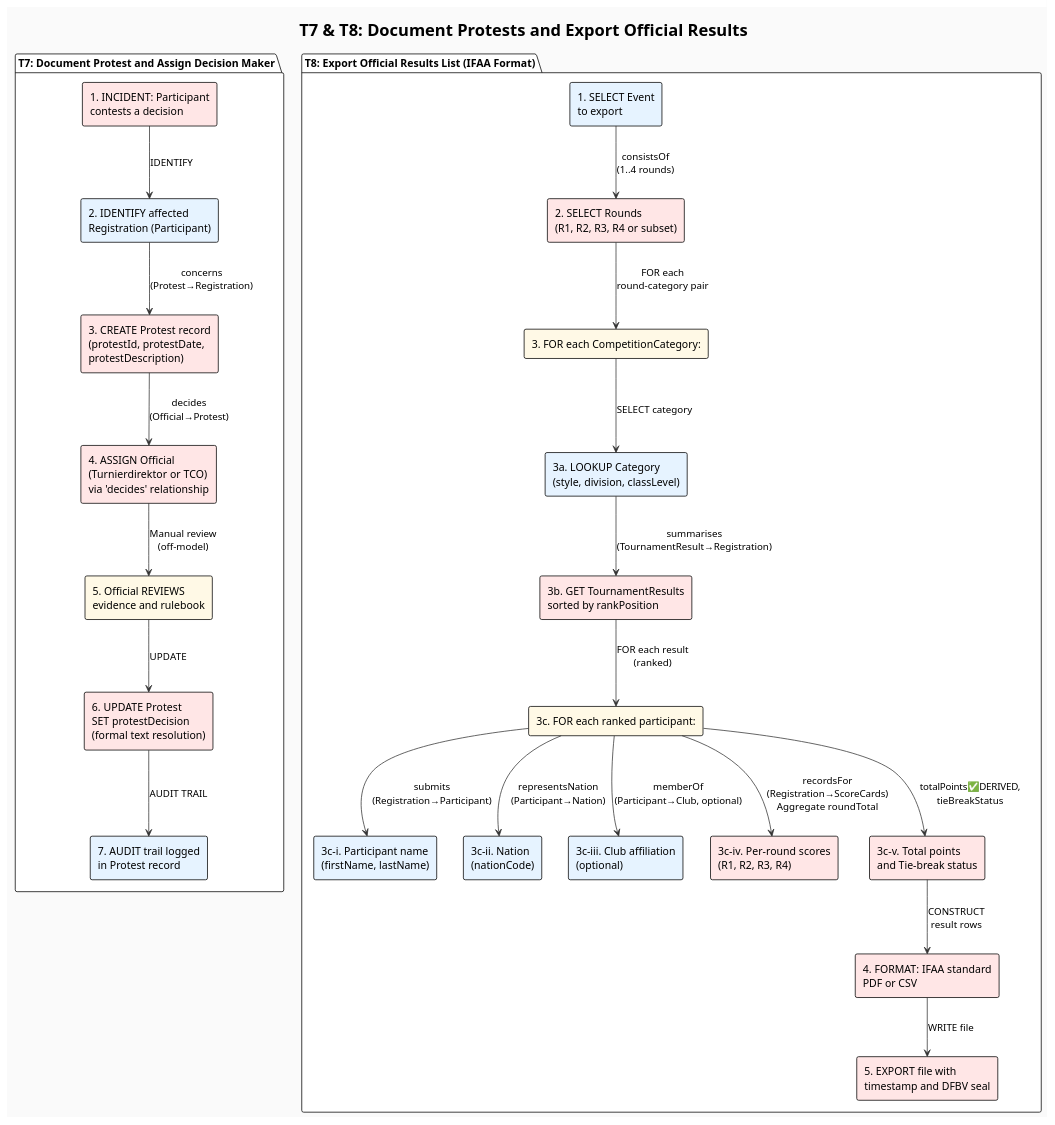
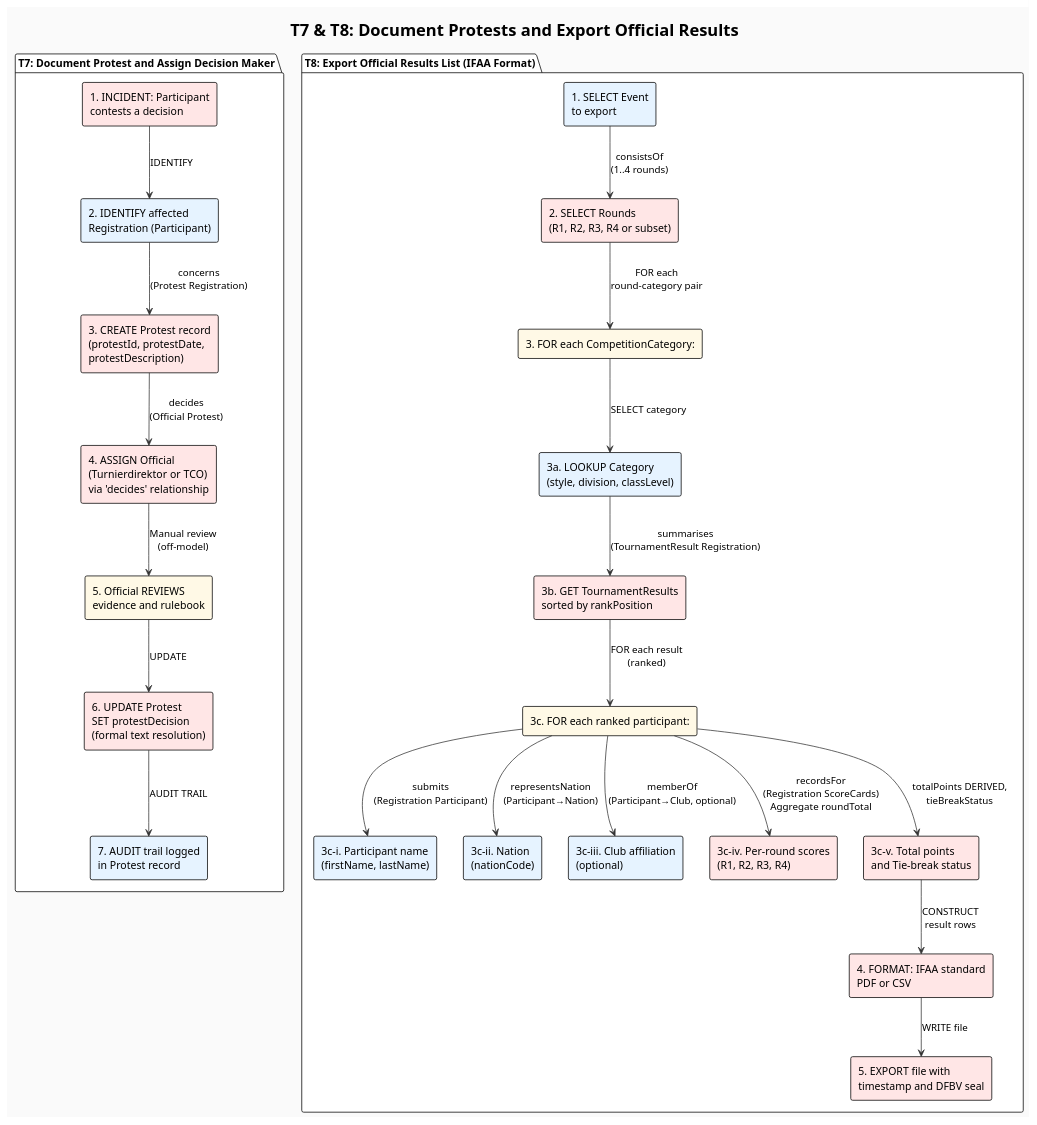
Before and after one commit to RuediDynamics/Datenbankmanagment_Project: the diagram in assignment-02-submission/assets/diagrams/T7_T8_Pathways.puml, drawn with PlantUML. The commit also changed 6 other files, not shown here.

```diff
--- a/assignment-02-submission/assets/diagrams/T7_T8_Pathways.puml
+++ b/assignment-02-submission/assets/diagrams/T7_T8_Pathways.puml
@@ -1,57 +1,57 @@
 @startuml T7_T8_Protest_Export_Pathways
 !theme plain
 skinparam backgroundColor #FAFAFA
 skinparam arrowColor #333333
 skinparam classBackgroundColor #E8F4F8
 skinparam classBorderColor #0066CC
 
 title T7 & T8: Document Protests and Export Official Results
 
 package "T7: Document Protest and Assign Decision Maker" {
     rectangle "1. INCIDENT: Participant\ncontests a decision" as T7_1 #FFE6E6
     rectangle "2. IDENTIFY affected\nRegistration (Participant)" as T7_2 #E6F3FF
     rectangle "3. CREATE Protest record\n(protestId, protestDate,\nprotestDescription)" as T7_3 #FFE6E6
     rectangle "4. ASSIGN Official\n(Turnierdirektor or TCO)\nvia 'decides' relationship" as T7_4 #FFE6E6
     rectangle "5. Official REVIEWS\nevidence and rulebook" as T7_5 #FFF9E6
     rectangle "6. UPDATE Protest\nSET protestDecision\n(formal text resolution)" as T7_6 #FFE6E6
     rectangle "7. AUDIT trail logged\nin Protest record" as T7_7 #E6F3FF
 }
 
 package "T8: Export Official Results List (IFAA Format)" {
     rectangle "1. SELECT Event\nto export" as T8_1 #E6F3FF
     rectangle "2. SELECT Rounds\n(R1, R2, R3, R4 or subset)" as T8_2 #FFE6E6
     rectangle "3. FOR each CompetitionCategory:" as T8_3 #FFF9E6
     rectangle "3a. LOOKUP Category\n(style, division, classLevel)" as T8_3a #E6F3FF
     rectangle "3b. GET TournamentResults\nsorted by rankPosition" as T8_3b #FFE6E6
     rectangle "3c. FOR each ranked participant:" as T8_3c #FFF9E6
     rectangle "3c-i. Participant name\n(firstName, lastName)" as T8_3c_i #E6F3FF
     rectangle "3c-ii. Nation\n(nationCode)" as T8_3c_ii #E6F3FF
     rectangle "3c-iii. Club affiliation\n(optional)" as T8_3c_iii #E6F3FF
     rectangle "3c-iv. Per-round scores\n(R1, R2, R3, R4)" as T8_3c_iv #FFE6E6
     rectangle "3c-v. Total points\nand Tie-break status" as T8_3c_v #FFE6E6
     rectangle "4. FORMAT: IFAA standard\nPDF or CSV" as T8_4 #FFE6E6
     rectangle "5. EXPORT file with\ntimestamp and DFBV seal" as T8_5 #FFE6E6
 }
 
 T7_1 --> T7_2 : IDENTIFY
-T7_2 --> T7_3 : concerns\n(Protest→Registration)
-T7_3 --> T7_4 : decides\n(Official→Protest)
+T7_2 --> T7_3 : concerns\n(Protest Registration)
+T7_3 --> T7_4 : decides\n(Official Protest)
 T7_4 --> T7_5 : Manual review\n(off-model)
 T7_5 --> T7_6 : UPDATE
 T7_6 --> T7_7 : AUDIT TRAIL
 
 T8_1 --> T8_2 : consistsOf\n(1..4 rounds)
 T8_2 --> T8_3 : FOR each\nround-category pair
 T8_3 --> T8_3a : SELECT category
-T8_3a --> T8_3b : summarises\n(TournamentResult→Registration)
+T8_3a --> T8_3b : summarises\n(TournamentResult Registration)
 T8_3b --> T8_3c : FOR each result\n(ranked)
-T8_3c --> T8_3c_i : submits\n(Registration→Participant)
+T8_3c --> T8_3c_i : submits\n(Registration Participant)
 T8_3c --> T8_3c_ii : representsNation\n(Participant→Nation)
 T8_3c --> T8_3c_iii : memberOf\n(Participant→Club, optional)
-T8_3c --> T8_3c_iv : recordsFor\n(Registration→ScoreCards)\nAggregate roundTotal
-T8_3c --> T8_3c_v : totalPoints✅DERIVED,\ntieBreakStatus
+T8_3c --> T8_3c_iv : recordsFor\n(Registration ScoreCards)\nAggregate roundTotal
+T8_3c --> T8_3c_v : totalPoints DERIVED,\ntieBreakStatus
 T8_3c_v --> T8_4 : CONSTRUCT\nresult rows
 T8_4 --> T8_5 : WRITE file
 
 
 @enduml
```
